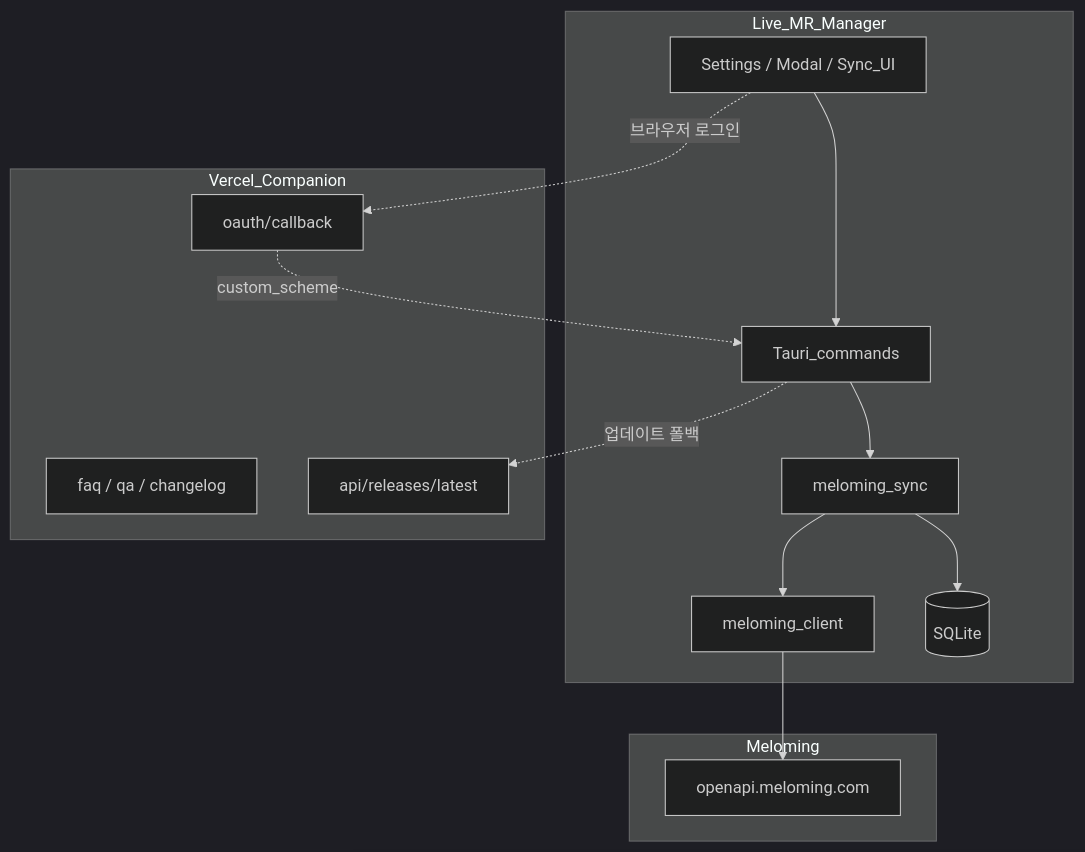
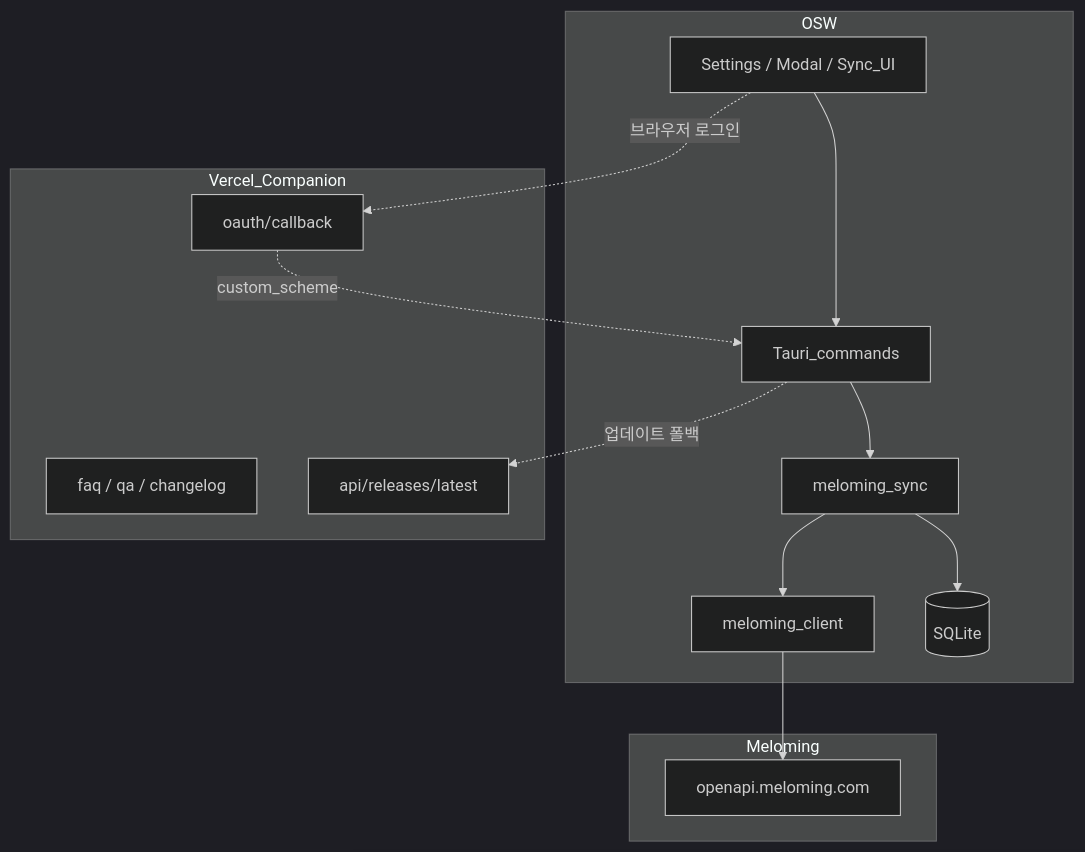
The second of 3 diagrams in docs/MELOMING_SONGBOOK_INTEGRATION.md (Temmis2077/Live-MR-Manager), drawn with Mermaid (dark theme) before and after one commit. The commit also changed other lines of this file and 26 other files, not shown here.

````diff
--- a/docs/MELOMING_SONGBOOK_INTEGRATION.md
+++ b/docs/MELOMING_SONGBOOK_INTEGRATION.md
@@ -392,26 +392,26 @@
 ```mermaid
 flowchart TB
-  subgraph desktop [Live_MR_Manager]
+  subgraph desktop [OSW]
     UI[Settings / Modal / Sync_UI]
     Cmd[Tauri_commands]
     Client[meloming_client]
     Sync[meloming_sync]
     DB[(SQLite)]
   end
   subgraph vercel [Vercel_Companion]
     Pages[faq / qa / changelog]
     OAuthCb[oauth/callback]
     RelAPI[api/releases/latest]
   end
   subgraph meloming [Meloming]
     API[openapi.meloming.com]
   end
   UI --> Cmd
   Cmd --> Sync
   Sync --> Client
   Sync --> DB
   Client --> API
   UI -.->|브라우저 로그인| OAuthCb
   OAuthCb -.->|custom_scheme| Cmd
   Cmd -.->|업데이트 폴백| RelAPI
 ```
````
